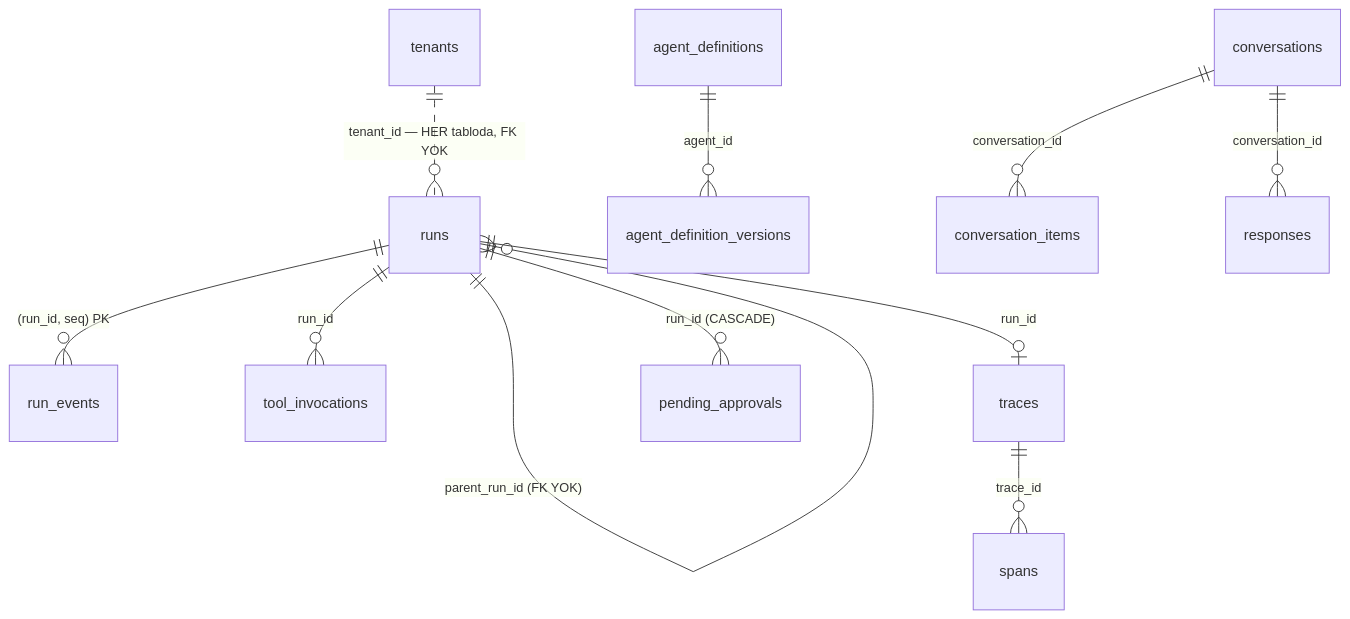
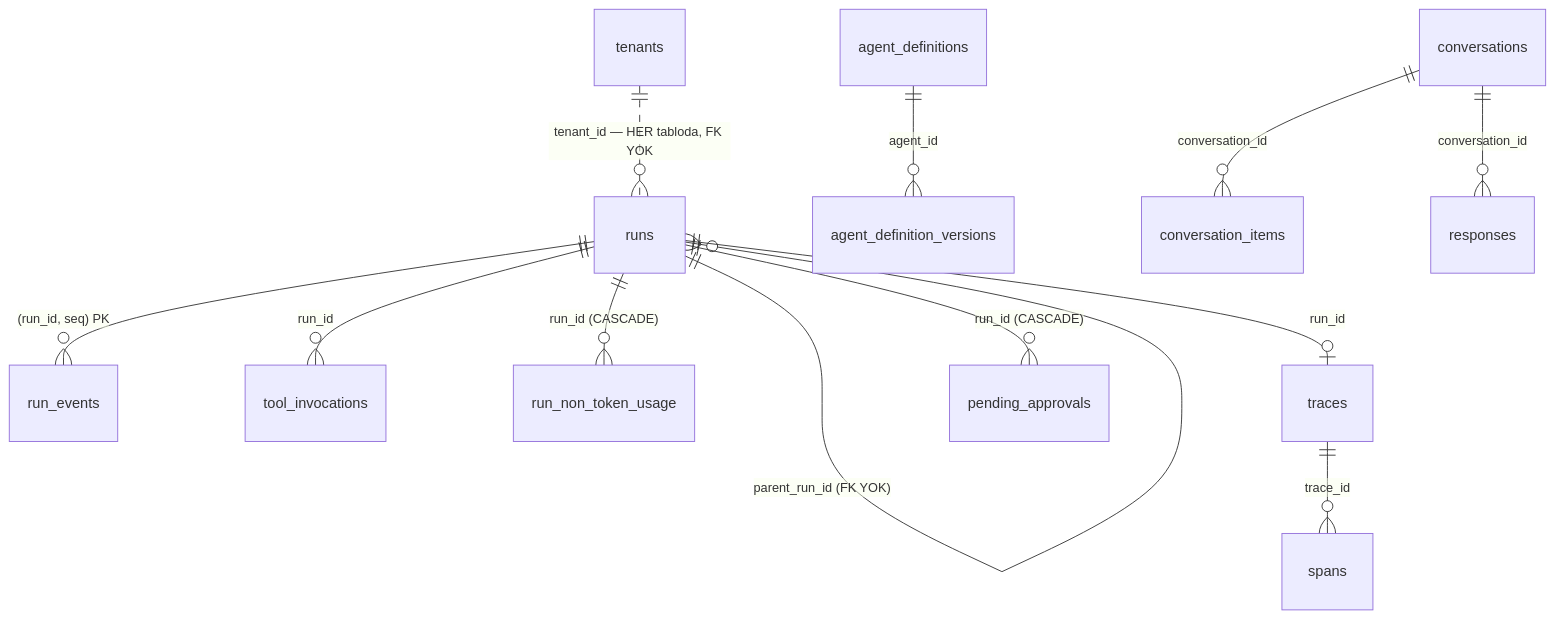
The second of 7 diagrams in docs/MIMARI.md (farukatasoy/Tracon), drawn with Mermaid before and after one commit. The commit also changed other lines of this file and 47 other files, not shown here.

First line of the commit message:
docs(non-token-cost): document what a node spends beyond tokens for consumers and maintainers (F-299)

````diff
--- a/docs/MIMARI.md
+++ b/docs/MIMARI.md
@@ -159,14 +159,15 @@
 ```mermaid
 erDiagram
     tenants ||..o{ runs : "tenant_id — HER tabloda, FK YOK"
     agent_definitions ||--o{ agent_definition_versions : "agent_id"
     conversations ||--o{ conversation_items : "conversation_id"
     conversations ||--o{ responses : "conversation_id"
     runs ||--o{ runs : "parent_run_id (FK YOK)"
     runs ||--o{ run_events : "(run_id, seq) PK"
     runs ||--o{ tool_invocations : "run_id"
+    runs ||--o{ run_non_token_usage : "run_id (CASCADE)"
     runs ||--o| traces : "run_id"
     runs ||--o{ pending_approvals : "run_id (CASCADE)"
     traces ||--o{ spans : "trace_id"
 
 ```
````
